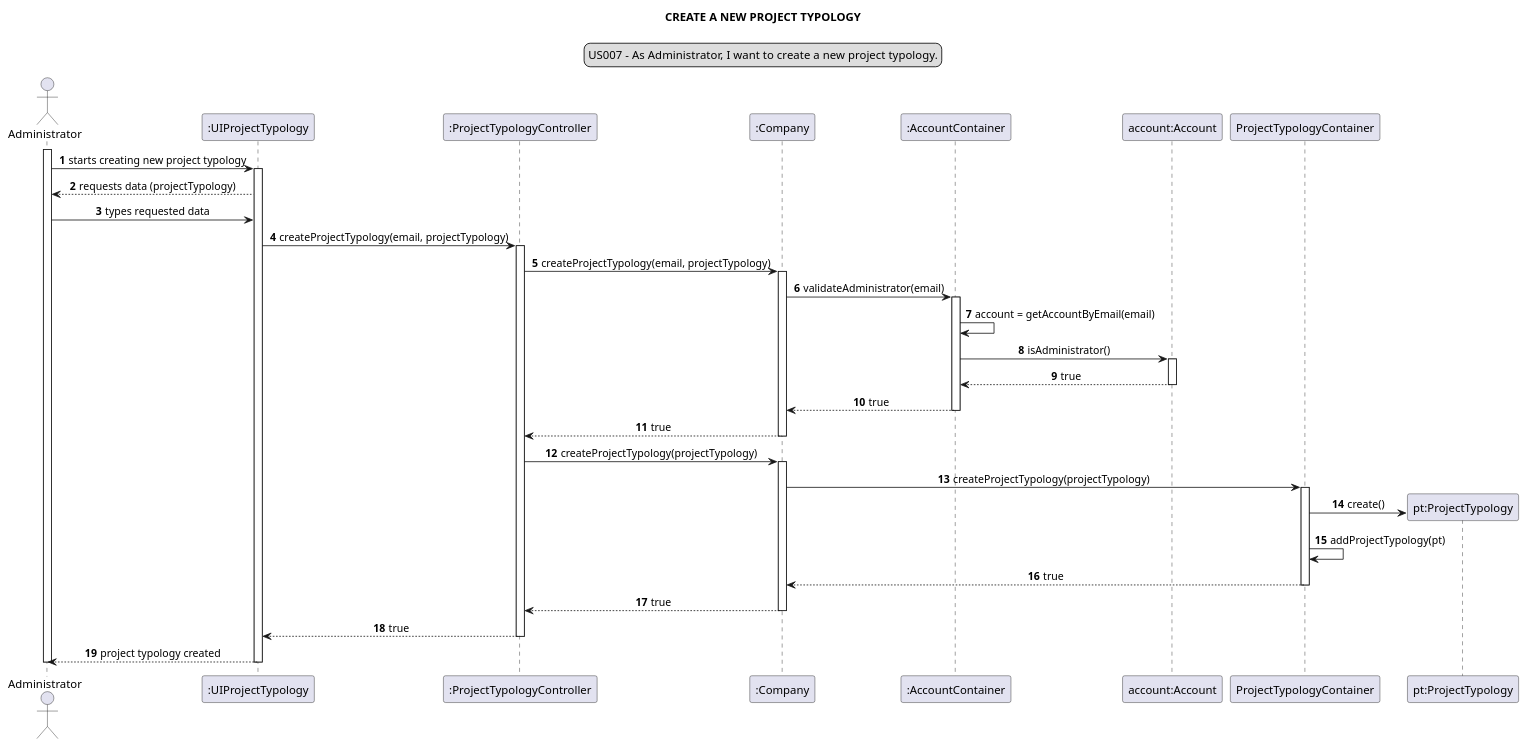
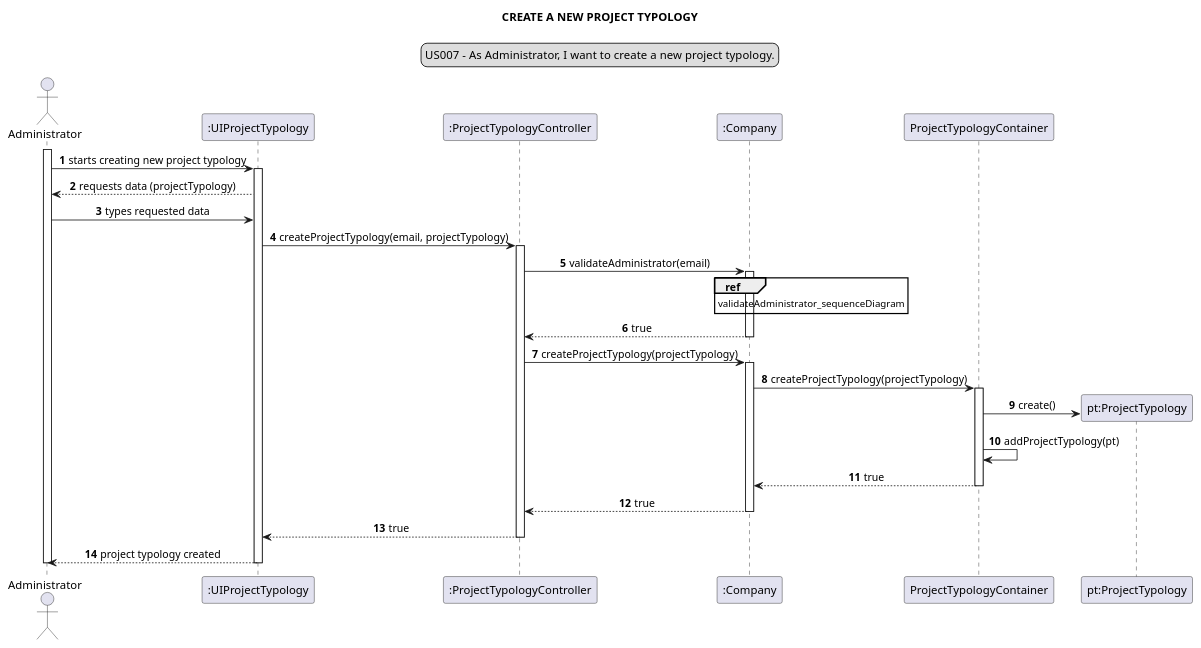
The diagram in docs/modelling_design/user_stories/sprint02/us007/US007_sequenceDiagram.puml (Loracline/project_switch_22-23), drawn with PlantUML before and after one commit. The commit also changed 3 other files, not shown here.

Commit message:
US007: Development : Update Company, CompanyTest, ProjectTypologyController and design US007_sequenceDiagram.puml

```diff
--- a/docs/modelling_design/user_stories/sprint02/us007/US007_sequenceDiagram.puml
+++ b/docs/modelling_design/user_stories/sprint02/us007/US007_sequenceDiagram.puml
@@ -1,58 +1,48 @@
 @startuml
 'https://plantuml.com/sequence-diagram
 
 autonumber
 skinparam sequenceMessageAlign center
 title CREATE A NEW PROJECT TYPOLOGY
 legend top
 US007 - As Administrator, I want to create a new project typology.
 end legend
 
 actor Administrator as a
 participant ":UIProjectTypology" as ui
 participant ":ProjectTypologyController" as ct
 participant ":Company" as c
-participant ":AccountContainer" as acc
-participant "account:Account" as ac
 participant "ProjectTypologyContainer" as ptc
 participant "pt:ProjectTypology" as pty
 
 
 activate a
 a -> ui: starts creating new project typology
 activate ui
 ui --> a: requests data (projectTypology)
 a -> ui: types requested data
 ui -> ct: createProjectTypology(email, projectTypology)
 activate ct
-ct -> c: createProjectTypology(email, projectTypology)
+ct -> c: validateAdministrator(email)
 activate c
-c -> acc: validateAdministrator(email)
-activate acc
-acc -> acc: account = getAccountByEmail(email)
-acc -> ac: isAdministrator()
-activate ac
-ac --> acc: true
-deactivate ac
-acc --> c: true
-deactivate acc
+ref over c: validateAdministrator_sequenceDiagram
 c --> ct: true
 deactivate c
 ct -> c: createProjectTypology(projectTypology)
 activate c
 c -> ptc: createProjectTypology(projectTypology)
 activate ptc
 create pty
 ptc -> pty: create()
 ptc -> ptc: addProjectTypology(pt)
 ptc --> c: true
 deactivate ptc
 c --> ct: true
 deactivate c
 ct --> ui: true
 deactivate ct
 ui --> a: project typology created
 deactivate ui
 
 deactivate a
 @enduml
```
